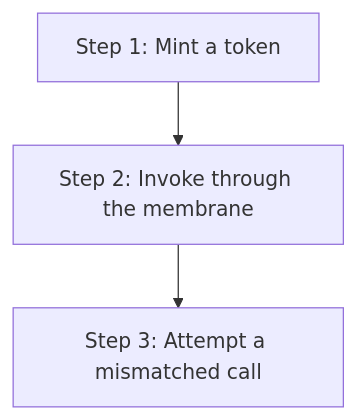
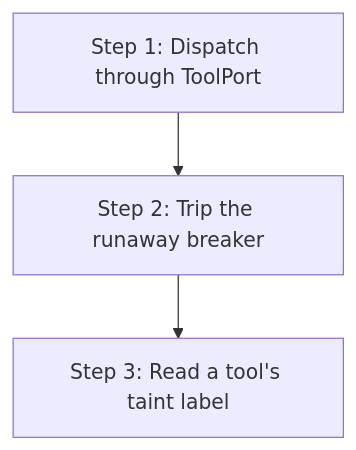
Before and after one commit to mdz-axo/zed-kask: the diagram in kask/docs/diataxis/hkask-capability/tutorial.md, drawn with Mermaid. The commit also changed other lines of this file and 19 other files, not shown here.

````diff
--- a/kask/docs/diataxis/hkask-capability/tutorial.md
+++ b/kask/docs/diataxis/hkask-capability/tutorial.md
@@ -20,5 +26,5 @@
 ```mermaid
 flowchart TD
-    A[Step 1: Mint a token] --> B[Step 2: Invoke through the membrane]
-    B --> C[Step 3: Attempt a mismatched call]
+    A[Step 1: Dispatch through ToolPort] --> B[Step 2: Trip the runaway breaker]
+    B --> C[Step 3: Read a tool's taint label]
 ```
````
